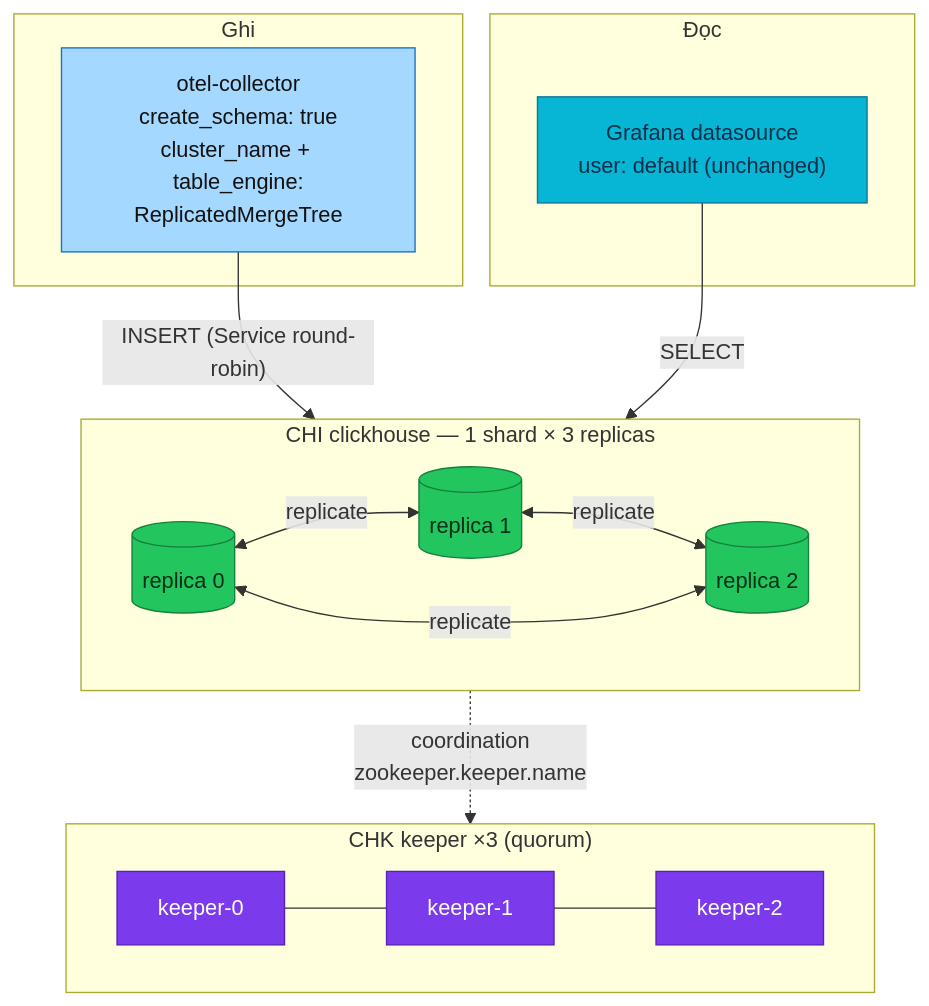
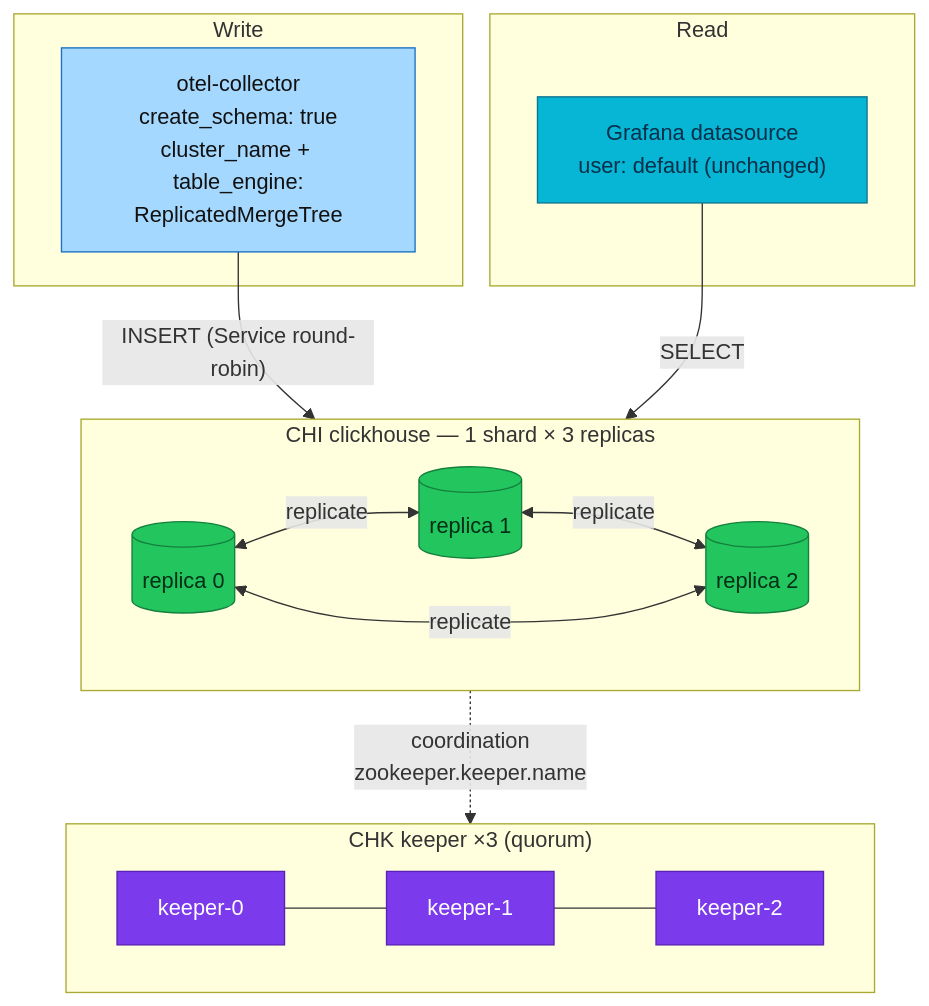
One commit to duynhlab/homelab changed the diagram in docs/proposals/rfc/RFC-0028/README.md. Above: the diagram before and after it, drawn with Mermaid. The commit also changed other lines of this file and 23 other files, not shown here.

````diff
--- a/docs/proposals/rfc/RFC-0028/README.md
+++ b/docs/proposals/rfc/RFC-0028/README.md
@@ -117,29 +118,29 @@
 ```mermaid
 flowchart TD
-  subgraph WRITE["Ghi"]
+  subgraph WRITE["Write"]
     OC["otel-collector<br/>create_schema: true<br/>cluster_name + table_engine:<br/>ReplicatedMergeTree"]
   end
-  subgraph READ["Đọc"]
+  subgraph READ["Read"]
     GF["Grafana datasource<br/>user: default (unchanged)"]
   end
   subgraph CH["CHI clickhouse — 1 shard × 3 replicas"]
     R0[("replica 0")]
     R1[("replica 1")]
     R2[("replica 2")]
   end
   subgraph KEEP["CHK keeper ×3 (quorum)"]
     K0["keeper-0"] --- K1["keeper-1"] --- K2["keeper-2"]
   end
   OC -->|"INSERT (Service round-robin)"| CH
   GF -->|"SELECT"| CH
   R0 <-->|replicate| R1
   R1 <-->|replicate| R2
   R0 <-->|replicate| R2
   CH -.->|"coordination<br/>zookeeper.keeper.name"| KEEP
   classDef service fill:#06b6d4,color:#082f49,stroke:#0e7490;
   classDef collector fill:#a5d8ff,color:#111,stroke:#1971c2;
   classDef data fill:#22c55e,color:#052e16,stroke:#15803d;
   classDef platform fill:#7c3aed,color:#fff,stroke:#5b21b6;
   class OC collector; class GF service;
   class R0,R1,R2 data; class K0,K1,K2 platform;
 ```
````
